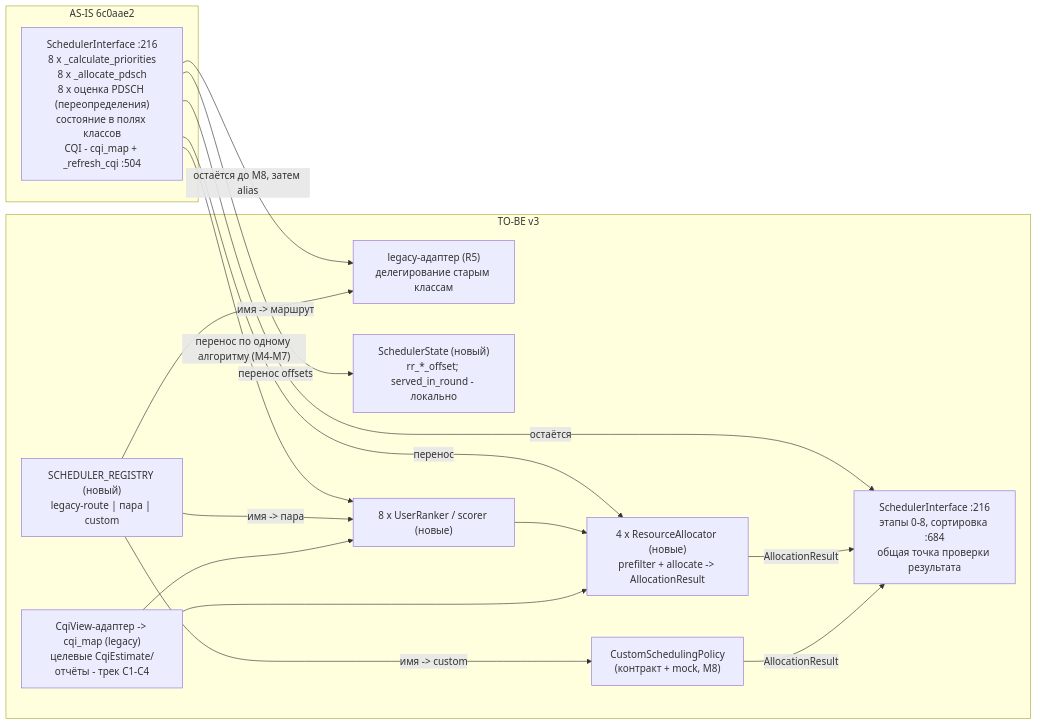
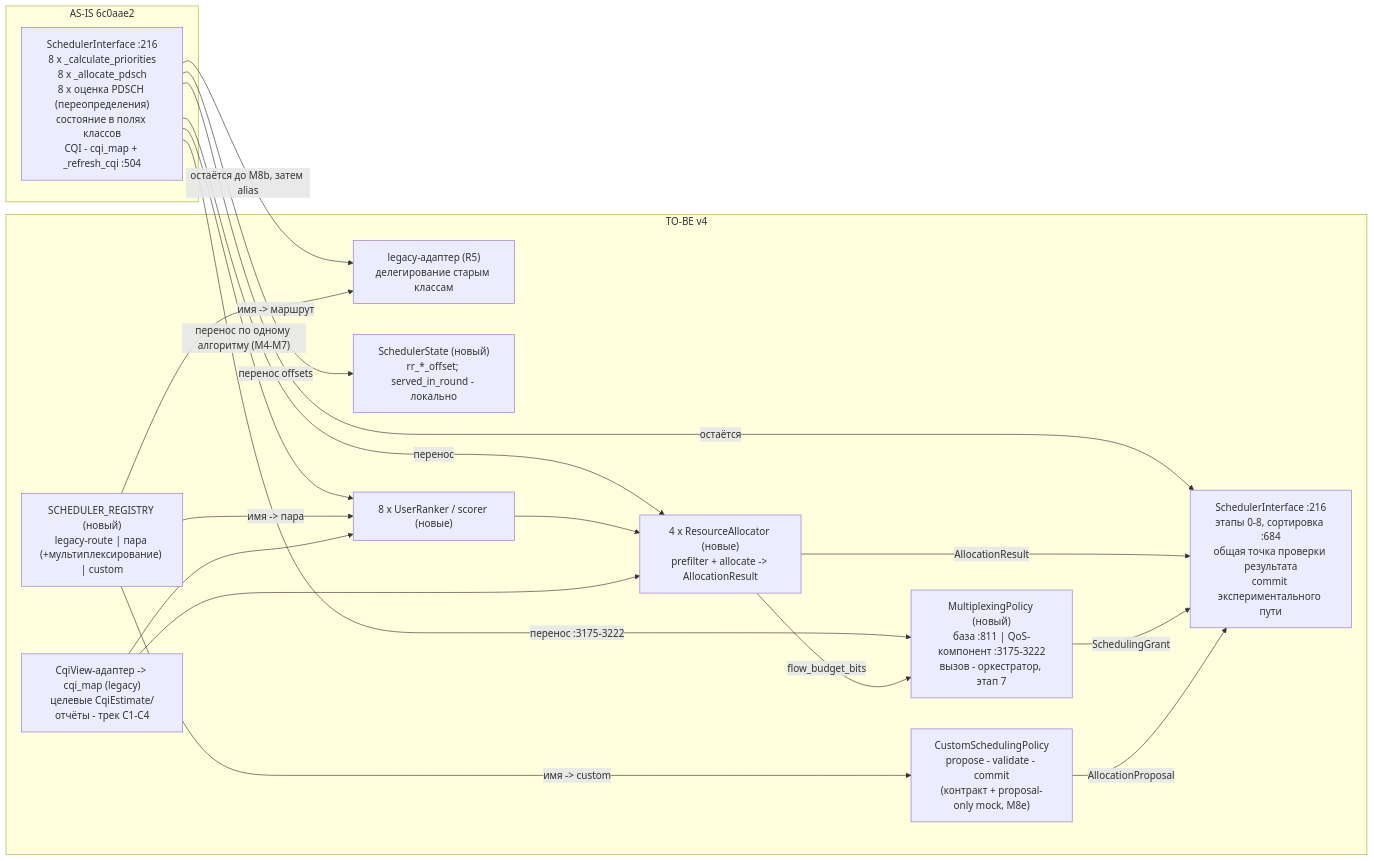
Before and after one commit to dokbrawn/REC-S5: the diagram in MR_doc_SCH-001/PyScheduler/scheduler/docs/specs/SPEC-FEAT-SCH-008.md, drawn with Mermaid. The commit also changed other lines of this file, not shown here.

````diff
--- a/MR_doc_SCH-001/PyScheduler/scheduler/docs/specs/SPEC-FEAT-SCH-008.md
+++ b/MR_doc_SCH-001/PyScheduler/scheduler/docs/specs/SPEC-FEAT-SCH-008.md
@@ -344,29 +396,33 @@
 ```mermaid
 flowchart LR
     subgraph ASIS["AS-IS 6c0aae2"]
         A["SchedulerInterface :216<br/>8 x _calculate_priorities<br/>8 x _allocate_pdsch<br/>8 x оценка PDSCH (переопределения)<br/>состояние в полях классов<br/>CQI - cqi_map + _refresh_cqi :504"]
     end
-    subgraph TOBE["TO-BE v3"]
-        B["SchedulerInterface :216<br/>этапы 0-8, сортировка :684<br/>общая точка проверки результата"]
-        R["SCHEDULER_REGISTRY (новый)<br/>legacy-route | пара | custom"]
+    subgraph TOBE["TO-BE v4"]
+        B["SchedulerInterface :216<br/>этапы 0-8, сортировка :684<br/>общая точка проверки результата<br/>commit экспериментального пути"]
+        R["SCHEDULER_REGISTRY (новый)<br/>legacy-route | пара (+мультиплексирование) | custom"]
         L["legacy-адаптер (R5)<br/>делегирование старым классам"]
         C["SchedulerState (новый)<br/>rr_*_offset; served_in_round - локально"]
         D["8 x UserRanker / scorer (новые)"]
         E["4 x ResourceAllocator (новые)<br/>prefilter + allocate -> AllocationResult"]
-        P["CustomSchedulingPolicy<br/>(контракт + mock, M8)"]
+        P["CustomSchedulingPolicy<br/>propose - validate - commit<br/>(контракт + proposal-only mock, M8e)"]
+        M["MultiplexingPolicy (новый)<br/>база :811 | QoS-компонент :3175-3222<br/>вызов - оркестратор, этап 7"]
         Q["CqiView-адаптер -> cqi_map (legacy)<br/>целевые CqiEstimate/отчёты - трек C1-C4"]
     end
     A -->|"перенос по одному алгоритму (M4-M7)"| D
     A -->|"перенос"| E
     A -->|"перенос offsets"| C
-    A -->|"остаётся до M8, затем alias"| L
+    A -->|"перенос :3175-3222"| M
+    A -->|"остаётся до M8b, затем alias"| L
     A -->|"остаётся"| B
     R -->|"имя -> маршрут"| L
     R -->|"имя -> пара"| D
     R -->|"имя -> custom"| P
     D --> E
     E -->|"AllocationResult"| B
-    P -->|"AllocationResult"| B
+    E -->|"flow_budget_bits"| M
+    M -->|"SchedulingGrant"| B
+    P -->|"AllocationProposal"| B
     Q --> D
     Q --> E
 ```
````
